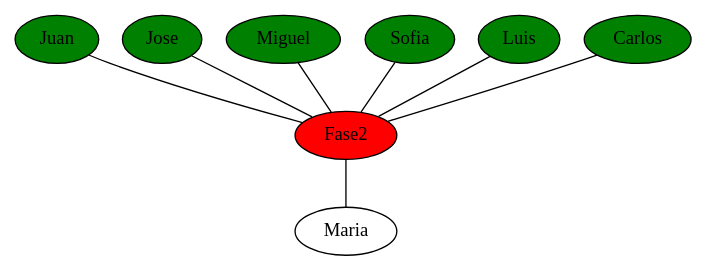
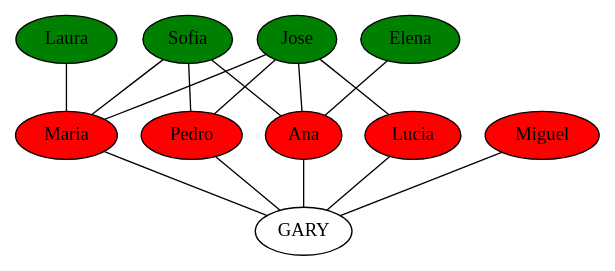
Before and after one commit to TeFxiu/-EDD-Proyecto_202206963: the diagram in Fase 2/GUI/build/Desktop_Qt_6_7_2_MinGW_64_bit-Debug/sugerencias.dot, drawn with Graphviz. The commit also changed 26 other files, not shown here.

```diff
--- a/Fase 2/GUI/build/Desktop_Qt_6_7_2_MinGW_64_bit-Debug/sugerencias.dot
+++ b/Fase 2/GUI/build/Desktop_Qt_6_7_2_MinGW_64_bit-Debug/sugerencias.dot
@@ -1,17 +1,31 @@
 digraph G{
-2[label="Maria"];
-11[label="Fase2", style=filled, fillcolor=red];
-11 -> 2[dir=none];
-3[label="Juan", style=filled, fillcolor=green];
-3 -> 11[dir=none];
-7[label="Jose", style=filled, fillcolor=green];
-7 -> 11[dir=none];
-9[label="Miguel", style=filled, fillcolor=green];
-9 -> 11[dir=none];
-10[label="Sofia", style=filled, fillcolor=green];
-10 -> 11[dir=none];
-5[label="Luis", style=filled, fillcolor=green];
-5 -> 11[dir=none];
-1[label="Carlos", style=filled, fillcolor=green];
-1 -> 11[dir=none];
+1[label="GARY"];
+2[label="Maria", style=filled, fillcolor=red];
+2 -> 1[dir=none];
+9[label="Jose", style=filled, fillcolor=green];
+9 -> 2[dir=none];
+8[label="Sofia", style=filled, fillcolor=green];
+8 -> 2[dir=none];
+12[label="Laura", style=filled, fillcolor=green];
+12 -> 2[dir=none];
+4[label="Ana", style=filled, fillcolor=red];
+4 -> 1[dir=none];
+9[label="Jose", style=filled, fillcolor=green];
+9 -> 4[dir=none];
+8[label="Sofia", style=filled, fillcolor=green];
+8 -> 4[dir=none];
+11[label="Elena", style=filled, fillcolor=green];
+11 -> 4[dir=none];
+5[label="Pedro", style=filled, fillcolor=red];
+5 -> 1[dir=none];
+9[label="Jose", style=filled, fillcolor=green];
+9 -> 5[dir=none];
+8[label="Sofia", style=filled, fillcolor=green];
+8 -> 5[dir=none];
+6[label="Lucia", style=filled, fillcolor=red];
+6 -> 1[dir=none];
+9[label="Jose", style=filled, fillcolor=green];
+9 -> 6[dir=none];
+7[label="Miguel", style=filled, fillcolor=red];
+7 -> 1[dir=none];
 }
```
